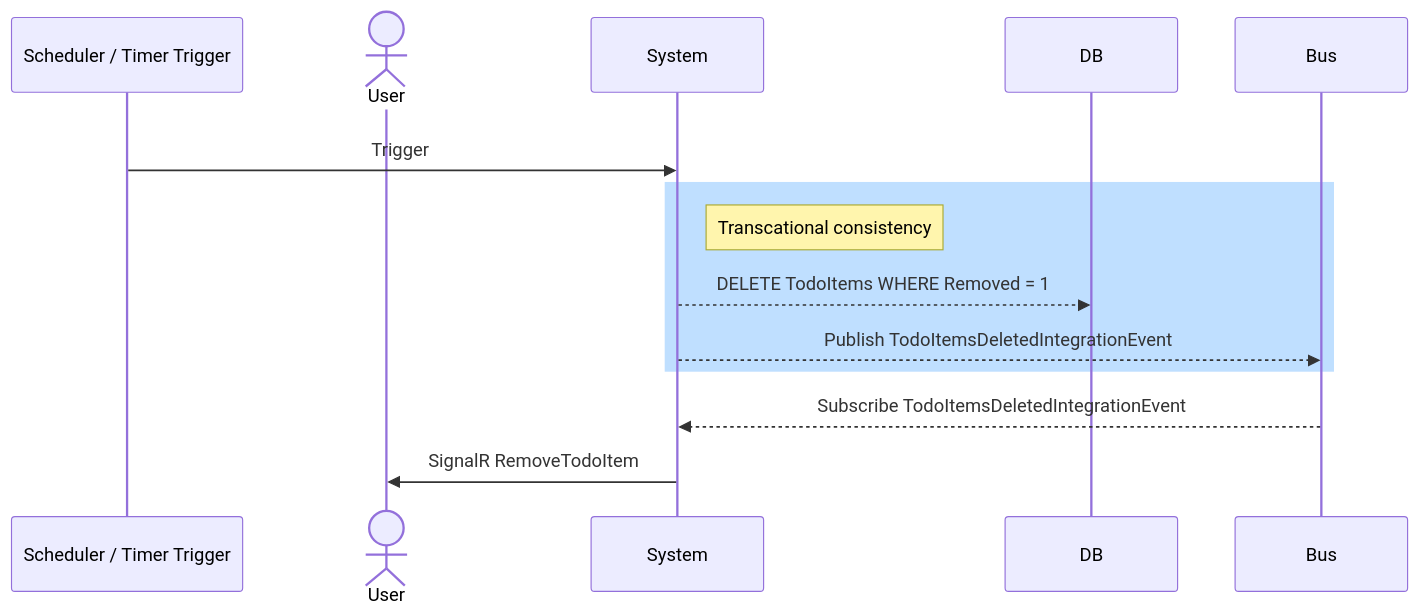
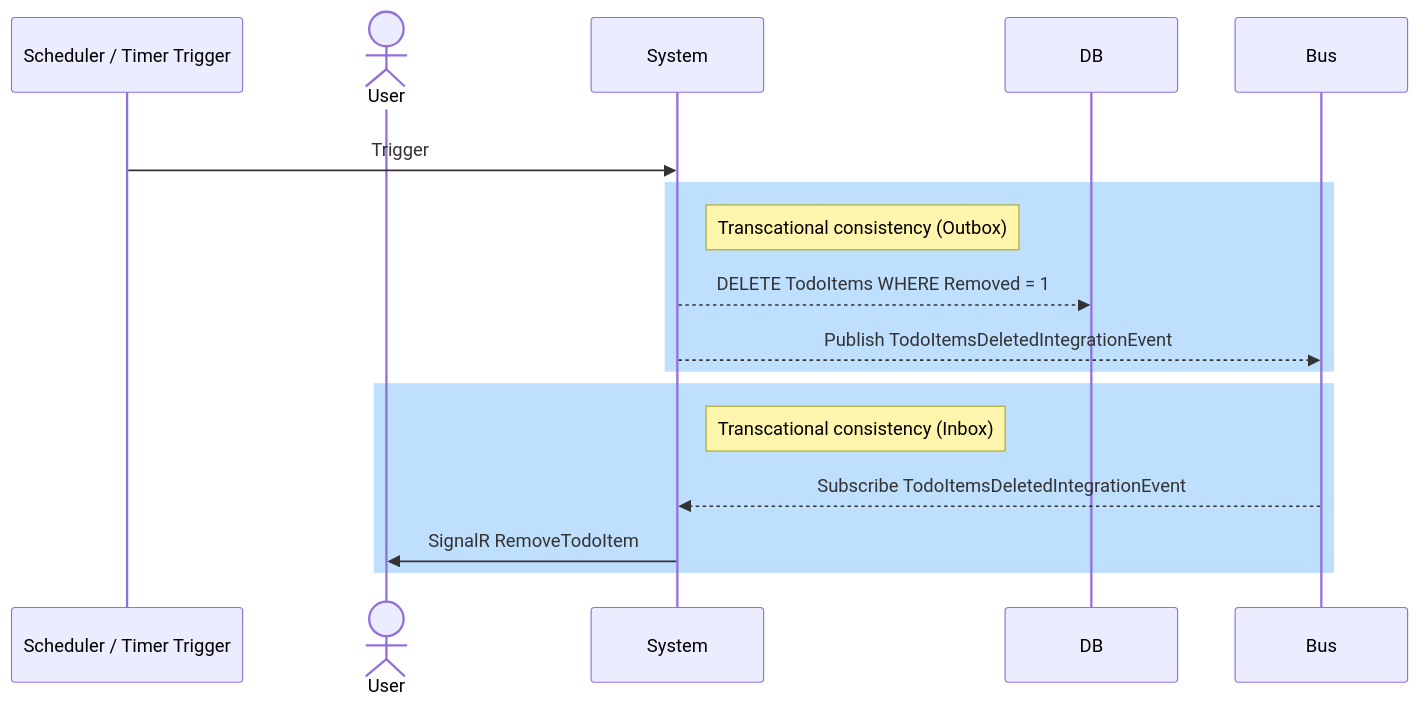
One commit to Cogax/ScsTemplate changed the diagram in doc/UC_DeleteRemovedTodoItems.mmd. Above: the diagram before and after it, drawn with Mermaid. The commit also changed 5 other files, not shown here.

Commit message:
Update Diagramms

```diff
--- a/doc/UC_DeleteRemovedTodoItems.mmd
+++ b/doc/UC_DeleteRemovedTodoItems.mmd
@@ -1,16 +1,19 @@
 sequenceDiagram
     rect rgb(255, 255, 255)
     participant TimerTrigger as Scheduler / Timer Trigger
     actor User
     participant System
     participant DB
     participant Bus
     TimerTrigger->>System: Trigger
     rect rgb(191, 223, 255)
-    note right of System: Transcational consistency
+    note right of System: Transcational consistency (Outbox)
     System-->>DB: DELETE TodoItems WHERE Removed = 1
     System-->>Bus: Publish TodoItemsDeletedIntegrationEvent
     end
+    rect rgb(191, 223, 255)
+    note right of System: Transcational consistency (Inbox)
     Bus-->>System: Subscribe TodoItemsDeletedIntegrationEvent
     System->>User: SignalR RemoveTodoItem
     end
+    end
```
